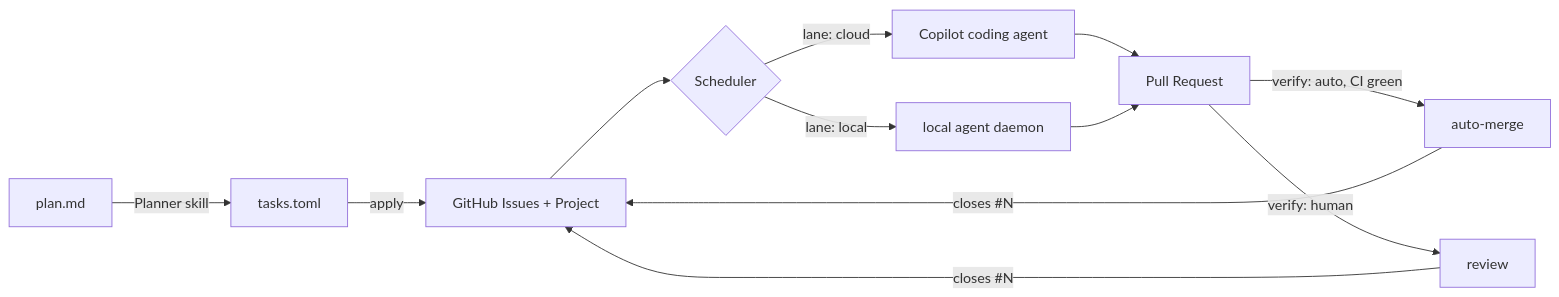
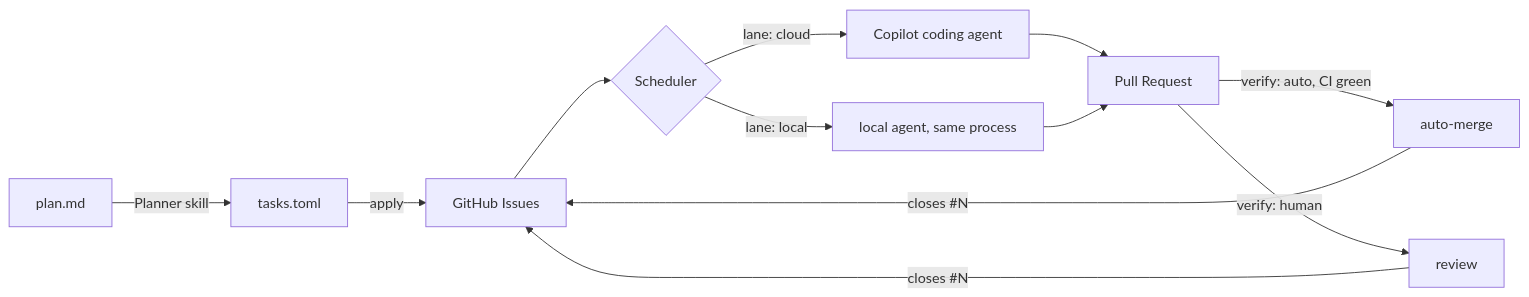
The diagram in docs/design.md (bioshrek/dispatchkit), drawn with Mermaid before and after one commit. The commit also changed other lines of this file and 1 other file, not shown here.

First line of the commit message:
docs: re-scope to a local scheduler, drop the board, define the executor

````diff
--- a/docs/design.md
+++ b/docs/design.md
@@ -35,14 +37,14 @@
 ```mermaid
 flowchart LR
     P[plan.md] -->|Planner skill| G[tasks.toml]
-    G -->|apply| I[GitHub Issues + Project]
+    G -->|apply| I[GitHub Issues]
     I --> S{Scheduler}
     S -->|lane: cloud| C[Copilot coding agent]
-    S -->|lane: local| L[local agent daemon]
+    S -->|lane: local| L[local agent, same process]
     C --> PR[Pull Request]
     L --> PR
     PR -->|verify: auto, CI green| M[auto-merge]
     PR -->|verify: human| R[review]
     M -->|closes #N| I
     R -->|closes #N| I
 ```
````
